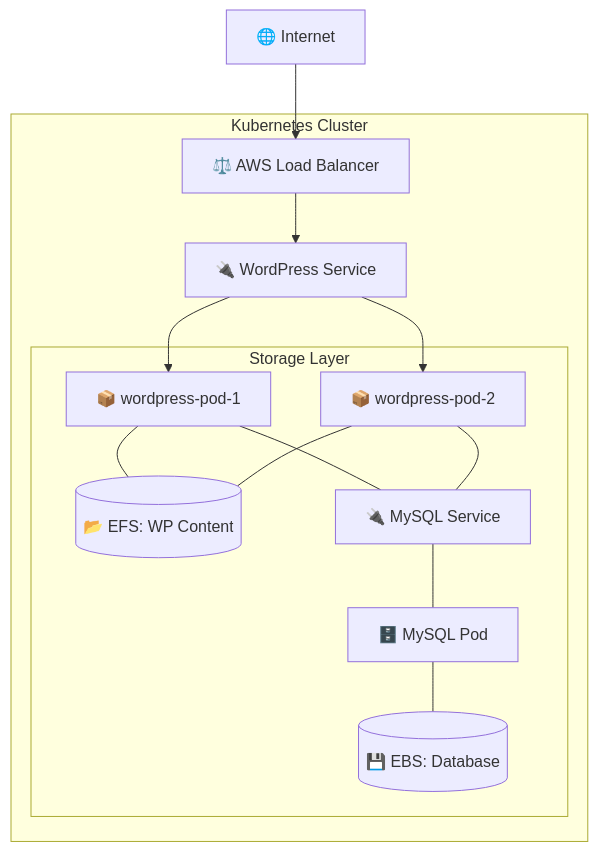
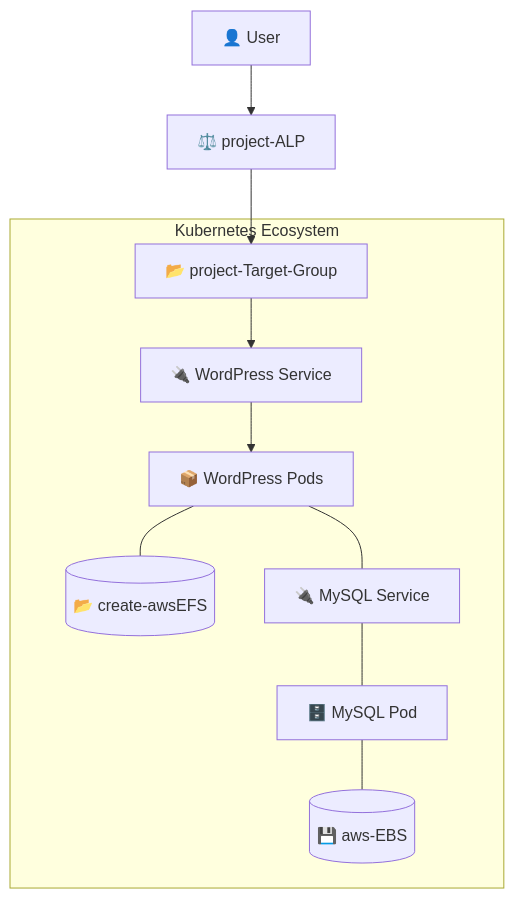
Before and after one commit to SayedAtwh/WordPress-MySQL-Deployment-on-AWS-using-Kubernetes-Kubeadm-: the diagram in README.md, drawn with Mermaid. The commit also changed other lines of this file, not shown here.

````diff
--- a/README.md
+++ b/README.md
@@ -10,18 +10,13 @@
 ```mermaid
 graph TD
-    Client[🌐 Internet] --> LB[⚖️ AWS Load Balancer]
-    subgraph "Kubernetes Cluster"
-        LB --> Service[🔌 WordPress Service]
-        Service --> Pod1[📦 wordpress-pod-1]
-        Service --> Pod2[📦 wordpress-pod-2]
-        
-        subgraph "Storage Layer"
-            Pod1 --- EFS[(📂 EFS: WP Content)]
-            Pod2 --- EFS[(📂 EFS: WP Content)]
-            Pod1 --- DB_SVC[🔌 MySQL Service]
-            Pod2 --- DB_SVC[🔌 MySQL Service]
-            DB_SVC --- MySQL[🗄️ MySQL Pod]
-            MySQL --- EBS[(💾 EBS: Database)]
-        end
+    User[👤 User] --> ALP[⚖️ project-ALP]
+    ALP --> TG[📂 project-Target-Group]
+    subgraph "Kubernetes Ecosystem"
+        TG --> WP_SVC[🔌 WordPress Service]
+        WP_SVC --> WP_Pods[📦 WordPress Pods]
+        WP_Pods --- EFS[(📂 create-awsEFS)]
+        WP_Pods --- DB_SVC[🔌 MySQL Service]
+        DB_SVC --- MySQL_Pod[🗄️ MySQL Pod]
+        MySQL_Pod --- EBS[(💾 aws-EBS)]
     end
 ```
````
